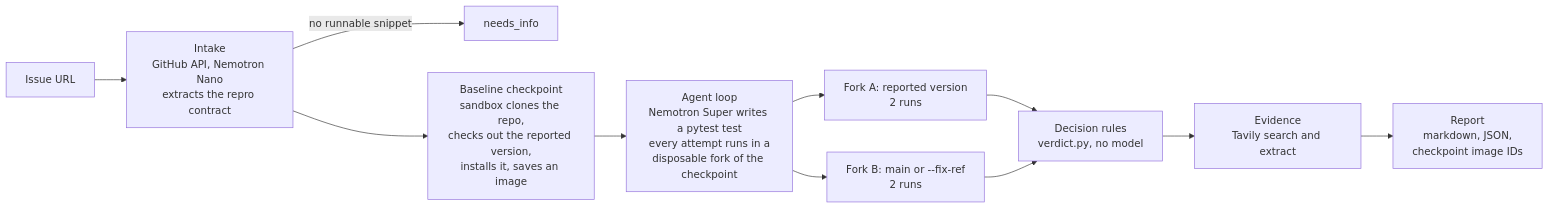
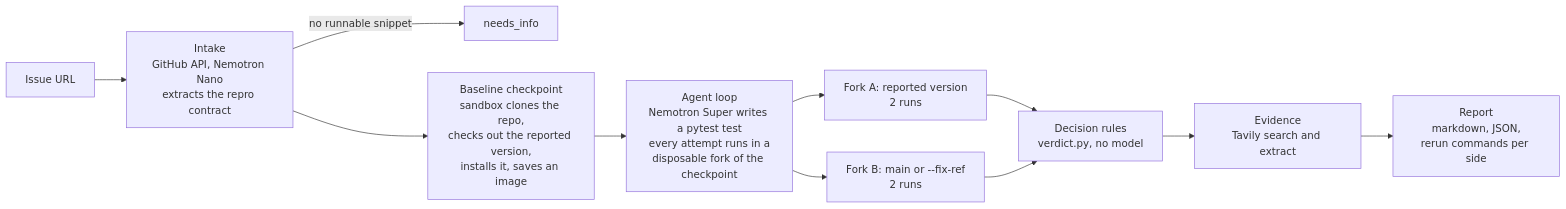
One commit to beniamin-levin/fixedyet changed the diagram in README.md. Above: the diagram before and after it, drawn with Mermaid. The commit also changed other lines of this file and 2 other files, not shown here.

First line of the commit message:
Docs: rerun commands, unprivileged tests, suite report, test placement, callers, ledger, hidden text

````diff
--- a/README.md
+++ b/README.md
@@ -25,13 +25,13 @@
 ```mermaid
 flowchart LR
     U[Issue URL] --> I["Intake<br/>GitHub API, Nemotron Nano<br/>extracts the repro contract"]
     I -->|no runnable snippet| N[needs_info]
     I --> E["Baseline checkpoint<br/>sandbox clones the repo,<br/>checks out the reported version,<br/>installs it, saves an image"]
     E --> A["Agent loop<br/>Nemotron Super writes a pytest test<br/>every attempt runs in a<br/>disposable fork of the checkpoint"]
     A --> F1["Fork A: reported version<br/>2 runs"]
     A --> F2["Fork B: main or --fix-ref<br/>2 runs"]
     F1 --> V["Decision rules<br/>verdict.py, no model"]
     F2 --> V
     V --> W["Evidence<br/>Tavily search and extract"]
-    W --> R["Report<br/>markdown, JSON,<br/>checkpoint image IDs"]
+    W --> R["Report<br/>markdown, JSON,<br/>rerun commands per side"]
 ```
````
